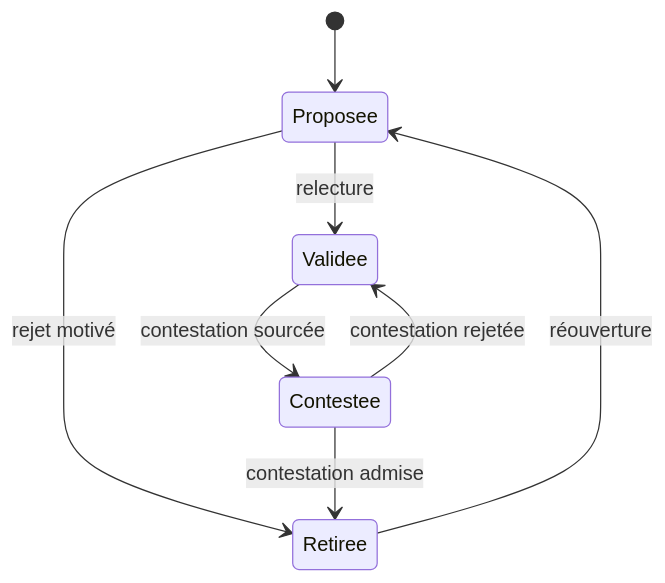
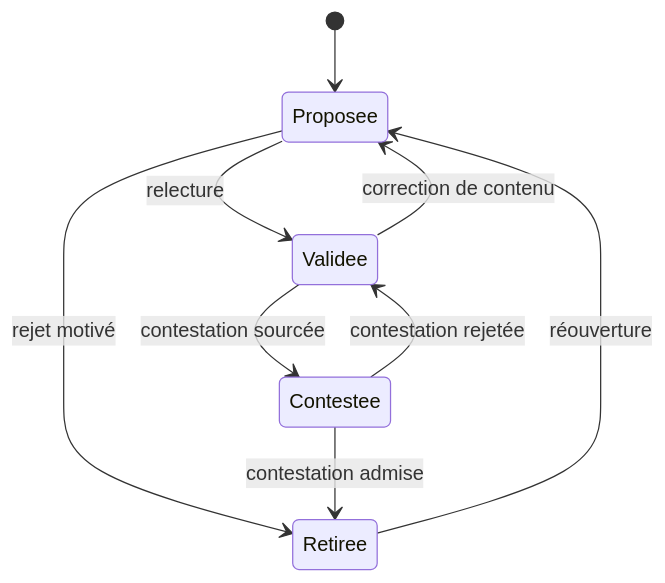
One commit to Lukianos76/atlas changed the second of 5 diagrams in docs/modele-donnees.md. Above: the diagram before and after it, drawn with Mermaid. The commit also changed other lines of this file and 42 other files, not shown here.

````diff
--- a/docs/modele-donnees.md
+++ b/docs/modele-donnees.md
@@ -584,10 +584,11 @@
 ```mermaid
 stateDiagram-v2
     [*] --> Proposee
     Proposee --> Validee : relecture
     Proposee --> Retiree : rejet motivé
     Validee --> Contestee : contestation sourcée
+    Validee --> Proposee : correction de contenu
     Contestee --> Validee : contestation rejetée
     Contestee --> Retiree : contestation admise
     Retiree --> Proposee : réouverture
 ```
````
